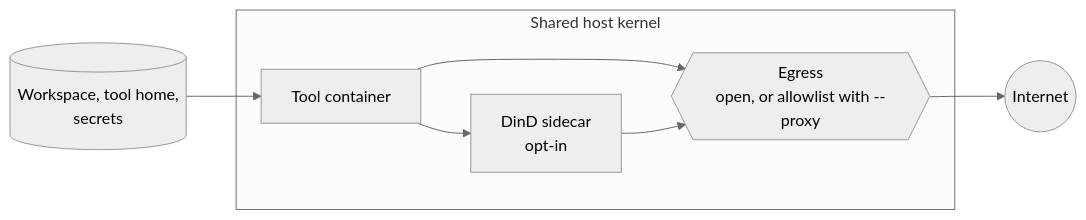
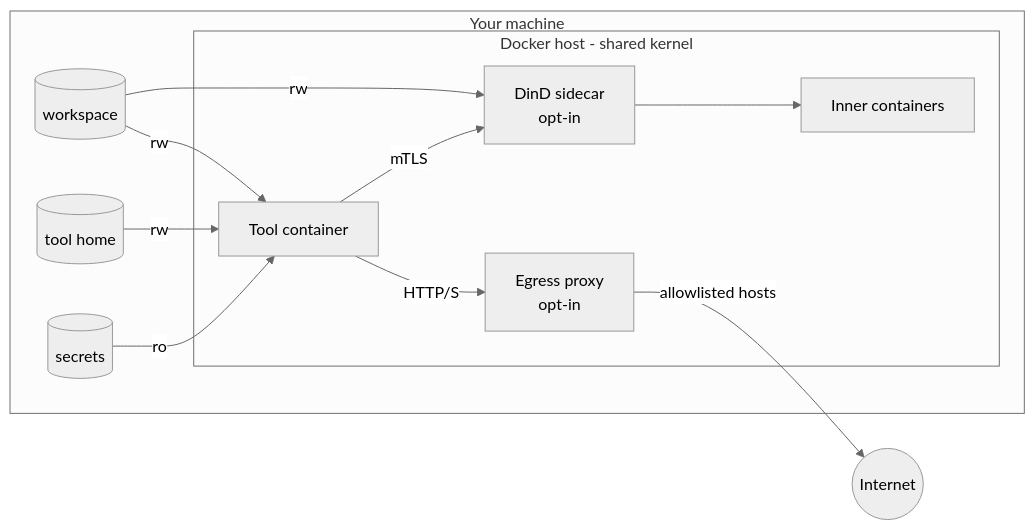
Before and after one commit to dylanvgils/agentic-cli: the diagram in docs/security-model.md, drawn with Mermaid (neutral theme). The commit also changed other lines of this file, not shown here.

Commit message:
update diagram

````diff
--- a/docs/security-model.md
+++ b/docs/security-model.md
@@ -7,16 +7,22 @@
 ```mermaid
 flowchart LR
-    mounts[(Workspace, tool home,<br/>secrets)]
-    subgraph kernel[Shared host kernel]
-        tool[Tool container]
-        dind[DinD sidecar<br/>opt-in]
-        egress{{"Egress<br/>open, or allowlist with --proxy"}}
+    subgraph host[Your machine]
+        ws[(workspace)]
+        th[(tool home)]
+        sec[(secrets)]
+        subgraph docker[Docker host - shared kernel]
+            tool[Tool container]
+            proxy[Egress proxy<br/>opt-in]
+            dind[DinD sidecar<br/>opt-in]
+            inner[Inner containers]
+        end
     end
     net((Internet))
 
-    mounts --> tool
-    tool --> dind
-    tool --> egress
-    dind --> egress
-    egress --> net
+    ws -- rw --> tool
+    th -- rw --> tool
+    sec -- ro --> tool
+    ws -- rw --> dind
+    tool -- HTTP/S --> proxy -- allowlisted hosts --> net
+    tool -- mTLS --> dind --> inner
 ```
````
